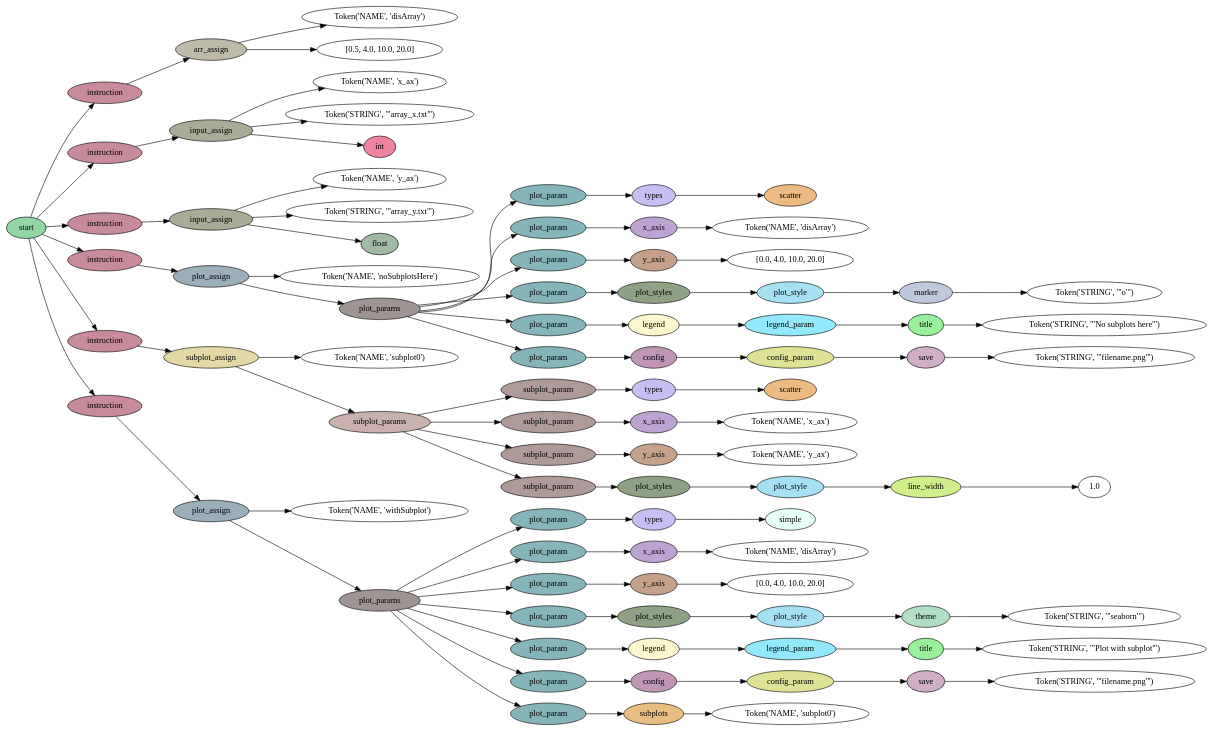
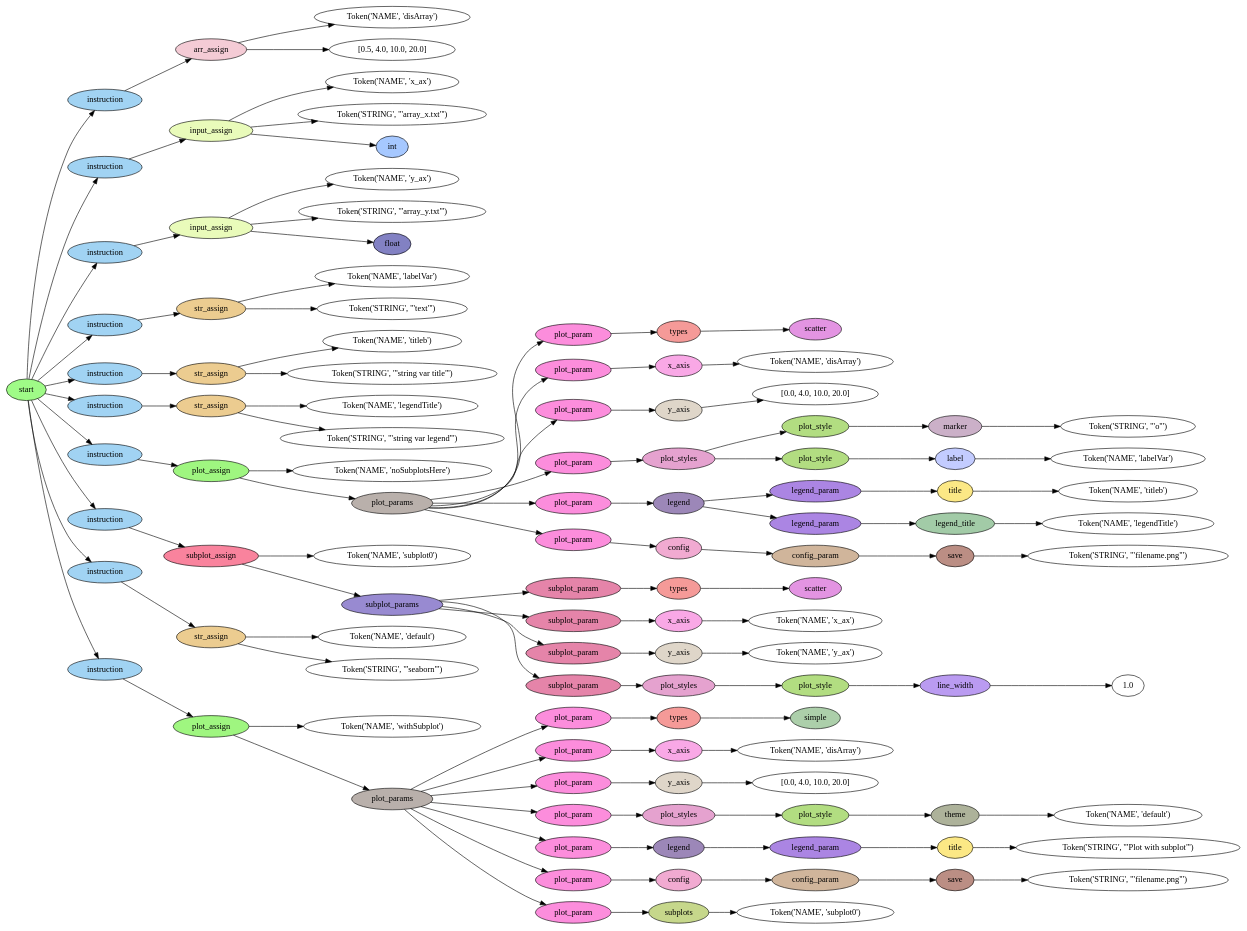
One commit to nichitaa/dsl changed the diagram in parseTree/parseTree.dot. Above: the diagram before and after it, drawn with Graphviz. The commit also changed 6 other files, not shown here.

```diff
--- a/parseTree/parseTree.dot
+++ b/parseTree/parseTree.dot
@@ -2,185 +2,229 @@
 rankdir=LR;
 0 [label="Token('NAME', 'disArray')"];
 1 [label="[0.5, 4.0, 10.0, 20.0]"];
-2 [fillcolor="#bdbaa7", label=arr_assign, style=filled];
+2 [fillcolor="#f4cbd5", label=arr_assign, style=filled];
 2 -> 0;
 2 -> 1;
-3 [fillcolor="#c78b9b", label=instruction, style=filled];
+3 [fillcolor="#a1d3f3", label=instruction, style=filled];
 3 -> 2;
 4 [label="Token('NAME', 'x_ax')"];
 5 [label="Token('STRING', '\"array_x.txt\"')"];
-6 [fillcolor="#f0839f", label=int, style=filled];
-7 [fillcolor="#aaab97", label=input_assign, style=filled];
+6 [fillcolor="#a6c8ff", label=int, style=filled];
+7 [fillcolor="#e9fbba", label=input_assign, style=filled];
 7 -> 4;
 7 -> 5;
 7 -> 6;
-8 [fillcolor="#c78b9b", label=instruction, style=filled];
+8 [fillcolor="#a1d3f3", label=instruction, style=filled];
 8 -> 7;
 9 [label="Token('NAME', 'y_ax')"];
 10 [label="Token('STRING', '\"array_y.txt\"')"];
-11 [fillcolor="#a1baa4", label=float, style=filled];
-12 [fillcolor="#aaab97", label=input_assign, style=filled];
+11 [fillcolor="#8281c3", label=float, style=filled];
+12 [fillcolor="#e9fbba", label=input_assign, style=filled];
 12 -> 9;
 12 -> 10;
 12 -> 11;
-13 [fillcolor="#c78b9b", label=instruction, style=filled];
+13 [fillcolor="#a1d3f3", label=instruction, style=filled];
 13 -> 12;
-14 [label="Token('NAME', 'noSubplotsHere')"];
-15 [fillcolor="#edbb81", label=scatter, style=filled];
-16 [fillcolor="#c9bef1", label=types, style=filled];
+14 [label="Token('NAME', 'labelVar')"];
+15 [label="Token('STRING', '\"text\"')"];
+16 [fillcolor="#eccc90", label=str_assign, style=filled];
+16 -> 14;
 16 -> 15;
-17 [fillcolor="#86b4bb", label=plot_param, style=filled];
+17 [fillcolor="#a1d3f3", label=instruction, style=filled];
 17 -> 16;
-18 [label="Token('NAME', 'disArray')"];
-19 [fillcolor="#bca3d2", label=x_axis, style=filled];
-19 -> 18;
-20 [fillcolor="#86b4bb", label=plot_param, style=filled];
+18 [label="Token('NAME', 'titleb')"];
+19 [label="Token('STRING', '\"string var title\"')"];
+20 [fillcolor="#eccc90", label=str_assign, style=filled];
+20 -> 18;
 20 -> 19;
-21 [label="[0.0, 4.0, 10.0, 20.0]"];
-22 [fillcolor="#c5a18b", label=y_axis, style=filled];
-22 -> 21;
-23 [fillcolor="#86b4bb", label=plot_param, style=filled];
-23 -> 22;
-24 [label="Token('STRING', '\"o\"')"];
-25 [fillcolor="#bfc8dd", label=marker, style=filled];
+21 [fillcolor="#a1d3f3", label=instruction, style=filled];
+21 -> 20;
+22 [label="Token('NAME', 'legendTitle')"];
+23 [label="Token('STRING', '\"string var legend\"')"];
+24 [fillcolor="#eccc90", label=str_assign, style=filled];
+24 -> 22;
+24 -> 23;
+25 [fillcolor="#a1d3f3", label=instruction, style=filled];
 25 -> 24;
-26 [fillcolor="#a5e1f2", label=plot_style, style=filled];
-26 -> 25;
-27 [fillcolor="#8ea184", label=plot_styles, style=filled];
-27 -> 26;
-28 [fillcolor="#86b4bb", label=plot_param, style=filled];
+26 [label="Token('NAME', 'noSubplotsHere')"];
+27 [fillcolor="#e394e2", label=scatter, style=filled];
+28 [fillcolor="#f59a98", label=types, style=filled];
 28 -> 27;
-29 [label="Token('STRING', '\"No subplots here\"')"];
-30 [fillcolor="#9af19d", label=title, style=filled];
-30 -> 29;
-31 [fillcolor="#93e8fb", label=legend_param, style=filled];
+29 [fillcolor="#fc8ddc", label=plot_param, style=filled];
+29 -> 28;
+30 [label="Token('NAME', 'disArray')"];
+31 [fillcolor="#f9a8e6", label=x_axis, style=filled];
 31 -> 30;
-32 [fillcolor="#fbf7ce", label=legend, style=filled];
+32 [fillcolor="#fc8ddc", label=plot_param, style=filled];
 32 -> 31;
-33 [fillcolor="#86b4bb", label=plot_param, style=filled];
-33 -> 32;
-34 [label="Token('STRING', '\"filename.png\"')"];
-35 [fillcolor="#ceafc6", label=save, style=filled];
+33 [label="[0.0, 4.0, 10.0, 20.0]"];
+34 [fillcolor="#dfd6c9", label=y_axis, style=filled];
+34 -> 33;
+35 [fillcolor="#fc8ddc", label=plot_param, style=filled];
 35 -> 34;
-36 [fillcolor="#dee294", label=config_param, style=filled];
-36 -> 35;
-37 [fillcolor="#bf96b4", label=config, style=filled];
+36 [label="Token('STRING', '\"o\"')"];
+37 [fillcolor="#cbb0c8", label=marker, style=filled];
 37 -> 36;
-38 [fillcolor="#86b4bb", label=plot_param, style=filled];
+38 [fillcolor="#b2dd81", label=plot_style, style=filled];
 38 -> 37;
-39 [fillcolor="#9e9493", label=plot_params, style=filled];
-39 -> 17;
-39 -> 20;
-39 -> 23;
-39 -> 28;
-39 -> 33;
-39 -> 38;
-40 [fillcolor="#9aafba", label=plot_assign, style=filled];
-40 -> 14;
+39 [label="Token('NAME', 'labelVar')"];
+40 [fillcolor="#c3ccff", label=label, style=filled];
 40 -> 39;
-41 [fillcolor="#c78b9b", label=instruction, style=filled];
+41 [fillcolor="#b2dd81", label=plot_style, style=filled];
 41 -> 40;
-42 [label="Token('NAME', 'subplot0')"];
-43 [fillcolor="#edbb81", label=scatter, style=filled];
-44 [fillcolor="#c9bef1", label=types, style=filled];
-44 -> 43;
-45 [fillcolor="#af9a99", label=subplot_param, style=filled];
+42 [fillcolor="#e5a2cf", label=plot_styles, style=filled];
+42 -> 38;
+42 -> 41;
+43 [fillcolor="#fc8ddc", label=plot_param, style=filled];
+43 -> 42;
+44 [label="Token('NAME', 'titleb')"];
+45 [fillcolor="#fce885", label=title, style=filled];
 45 -> 44;
-46 [label="Token('NAME', 'x_ax')"];
-47 [fillcolor="#bca3d2", label=x_axis, style=filled];
-47 -> 46;
-48 [fillcolor="#af9a99", label=subplot_param, style=filled];
+46 [fillcolor="#ab85e3", label=legend_param, style=filled];
+46 -> 45;
+47 [label="Token('NAME', 'legendTitle')"];
+48 [fillcolor="#a2cba7", label=legend_title, style=filled];
 48 -> 47;
-49 [label="Token('NAME', 'y_ax')"];
-50 [fillcolor="#c5a18b", label=y_axis, style=filled];
+49 [fillcolor="#ab85e3", label=legend_param, style=filled];
+49 -> 48;
+50 [fillcolor="#9c87b8", label=legend, style=filled];
+50 -> 46;
 50 -> 49;
-51 [fillcolor="#af9a99", label=subplot_param, style=filled];
+51 [fillcolor="#fc8ddc", label=plot_param, style=filled];
 51 -> 50;
-52 [label="1.0"];
-53 [fillcolor="#d1ee8d", label=line_width, style=filled];
+52 [label="Token('STRING', '\"filename.png\"')"];
+53 [fillcolor="#bb8e84", label=save, style=filled];
 53 -> 52;
-54 [fillcolor="#a5e1f2", label=plot_style, style=filled];
+54 [fillcolor="#d0b59b", label=config_param, style=filled];
 54 -> 53;
-55 [fillcolor="#8ea184", label=plot_styles, style=filled];
+55 [fillcolor="#f1aad1", label=config, style=filled];
 55 -> 54;
-56 [fillcolor="#af9a99", label=subplot_param, style=filled];
+56 [fillcolor="#fc8ddc", label=plot_param, style=filled];
 56 -> 55;
-57 [fillcolor="#c9b2ad", label=subplot_params, style=filled];
-57 -> 45;
-57 -> 48;
+57 [fillcolor="#b9b0ab", label=plot_params, style=filled];
+57 -> 29;
+57 -> 32;
+57 -> 35;
+57 -> 43;
 57 -> 51;
 57 -> 56;
-58 [fillcolor="#e3d8a6", label=subplot_assign, style=filled];
-58 -> 42;
+58 [fillcolor="#9ff680", label=plot_assign, style=filled];
+58 -> 26;
 58 -> 57;
-59 [fillcolor="#c78b9b", label=instruction, style=filled];
+59 [fillcolor="#a1d3f3", label=instruction, style=filled];
 59 -> 58;
-60 [label="Token('NAME', 'withSubplot')"];
-61 [fillcolor="#e8fef9", label=simple, style=filled];
-62 [fillcolor="#c9bef1", label=types, style=filled];
+60 [label="Token('NAME', 'subplot0')"];
+61 [fillcolor="#e394e2", label=scatter, style=filled];
+62 [fillcolor="#f59a98", label=types, style=filled];
 62 -> 61;
-63 [fillcolor="#86b4bb", label=plot_param, style=filled];
+63 [fillcolor="#e584a9", label=subplot_param, style=filled];
 63 -> 62;
-64 [label="Token('NAME', 'disArray')"];
-65 [fillcolor="#bca3d2", label=x_axis, style=filled];
+64 [label="Token('NAME', 'x_ax')"];
+65 [fillcolor="#f9a8e6", label=x_axis, style=filled];
 65 -> 64;
-66 [fillcolor="#86b4bb", label=plot_param, style=filled];
+66 [fillcolor="#e584a9", label=subplot_param, style=filled];
 66 -> 65;
-67 [label="[0.0, 4.0, 10.0, 20.0]"];
-68 [fillcolor="#c5a18b", label=y_axis, style=filled];
+67 [label="Token('NAME', 'y_ax')"];
+68 [fillcolor="#dfd6c9", label=y_axis, style=filled];
 68 -> 67;
-69 [fillcolor="#86b4bb", label=plot_param, style=filled];
+69 [fillcolor="#e584a9", label=subplot_param, style=filled];
 69 -> 68;
-70 [label="Token('STRING', '\"seaborn\"')"];
-71 [fillcolor="#b1dec4", label=theme, style=filled];
+70 [label="1.0"];
+71 [fillcolor="#ba9bf1", label=line_width, style=filled];
 71 -> 70;
-72 [fillcolor="#a5e1f2", label=plot_style, style=filled];
+72 [fillcolor="#b2dd81", label=plot_style, style=filled];
 72 -> 71;
-73 [fillcolor="#8ea184", label=plot_styles, style=filled];
+73 [fillcolor="#e5a2cf", label=plot_styles, style=filled];
 73 -> 72;
-74 [fillcolor="#86b4bb", label=plot_param, style=filled];
+74 [fillcolor="#e584a9", label=subplot_param, style=filled];
 74 -> 73;
-75 [label="Token('STRING', '\"Plot with subplot\"')"];
-76 [fillcolor="#9af19d", label=title, style=filled];
+75 [fillcolor="#988ad1", label=subplot_params, style=filled];
+75 -> 63;
+75 -> 66;
+75 -> 69;
+75 -> 74;
+76 [fillcolor="#f9839d", label=subplot_assign, style=filled];
+76 -> 60;
 76 -> 75;
-77 [fillcolor="#93e8fb", label=legend_param, style=filled];
+77 [fillcolor="#a1d3f3", label=instruction, style=filled];
 77 -> 76;
-78 [fillcolor="#fbf7ce", label=legend, style=filled];
-78 -> 77;
-79 [fillcolor="#86b4bb", label=plot_param, style=filled];
-79 -> 78;
-80 [label="Token('STRING', '\"filename.png\"')"];
-81 [fillcolor="#ceafc6", label=save, style=filled];
+78 [label="Token('NAME', 'default')"];
+79 [label="Token('STRING', '\"seaborn\"')"];
+80 [fillcolor="#eccc90", label=str_assign, style=filled];
+80 -> 78;
+80 -> 79;
+81 [fillcolor="#a1d3f3", label=instruction, style=filled];
 81 -> 80;
-82 [fillcolor="#dee294", label=config_param, style=filled];
-82 -> 81;
-83 [fillcolor="#bf96b4", label=config, style=filled];
-83 -> 82;
-84 [fillcolor="#86b4bb", label=plot_param, style=filled];
+82 [label="Token('NAME', 'withSubplot')"];
+83 [fillcolor="#accfaa", label=simple, style=filled];
+84 [fillcolor="#f59a98", label=types, style=filled];
 84 -> 83;
-85 [label="Token('NAME', 'subplot0')"];
-86 [fillcolor="#e8bd80", label=subplots, style=filled];
-86 -> 85;
-87 [fillcolor="#86b4bb", label=plot_param, style=filled];
+85 [fillcolor="#fc8ddc", label=plot_param, style=filled];
+85 -> 84;
+86 [label="Token('NAME', 'disArray')"];
+87 [fillcolor="#f9a8e6", label=x_axis, style=filled];
 87 -> 86;
-88 [fillcolor="#9e9493", label=plot_params, style=filled];
-88 -> 63;
-88 -> 66;
-88 -> 69;
-88 -> 74;
-88 -> 79;
-88 -> 84;
+88 [fillcolor="#fc8ddc", label=plot_param, style=filled];
 88 -> 87;
-89 [fillcolor="#9aafba", label=plot_assign, style=filled];
-89 -> 60;
-89 -> 88;
-90 [fillcolor="#c78b9b", label=instruction, style=filled];
+89 [label="[0.0, 4.0, 10.0, 20.0]"];
+90 [fillcolor="#dfd6c9", label=y_axis, style=filled];
 90 -> 89;
-91 [fillcolor="#94d6a3", label=start, style=filled];
-91 -> 3;
-91 -> 8;
-91 -> 13;
-91 -> 41;
-91 -> 59;
+91 [fillcolor="#fc8ddc", label=plot_param, style=filled];
 91 -> 90;
+92 [label="Token('NAME', 'default')"];
+93 [fillcolor="#adb29a", label=theme, style=filled];
+93 -> 92;
+94 [fillcolor="#b2dd81", label=plot_style, style=filled];
+94 -> 93;
+95 [fillcolor="#e5a2cf", label=plot_styles, style=filled];
+95 -> 94;
+96 [fillcolor="#fc8ddc", label=plot_param, style=filled];
+96 -> 95;
+97 [label="Token('STRING', '\"Plot with subplot\"')"];
+98 [fillcolor="#fce885", label=title, style=filled];
+98 -> 97;
+99 [fillcolor="#ab85e3", label=legend_param, style=filled];
+99 -> 98;
+100 [fillcolor="#9c87b8", label=legend, style=filled];
+100 -> 99;
+101 [fillcolor="#fc8ddc", label=plot_param, style=filled];
+101 -> 100;
+102 [label="Token('STRING', '\"filename.png\"')"];
+103 [fillcolor="#bb8e84", label=save, style=filled];
+103 -> 102;
+104 [fillcolor="#d0b59b", label=config_param, style=filled];
+104 -> 103;
+105 [fillcolor="#f1aad1", label=config, style=filled];
+105 -> 104;
+106 [fillcolor="#fc8ddc", label=plot_param, style=filled];
+106 -> 105;
+107 [label="Token('NAME', 'subplot0')"];
+108 [fillcolor="#c6d78b", label=subplots, style=filled];
+108 -> 107;
+109 [fillcolor="#fc8ddc", label=plot_param, style=filled];
+109 -> 108;
+110 [fillcolor="#b9b0ab", label=plot_params, style=filled];
+110 -> 85;
+110 -> 88;
+110 -> 91;
+110 -> 96;
+110 -> 101;
+110 -> 106;
+110 -> 109;
+111 [fillcolor="#9ff680", label=plot_assign, style=filled];
+111 -> 82;
+111 -> 110;
+112 [fillcolor="#a1d3f3", label=instruction, style=filled];
+112 -> 111;
+113 [fillcolor="#9ffb87", label=start, style=filled];
+113 -> 3;
+113 -> 8;
+113 -> 13;
+113 -> 17;
+113 -> 21;
+113 -> 25;
+113 -> 59;
+113 -> 77;
+113 -> 81;
+113 -> 112;
 }
```
